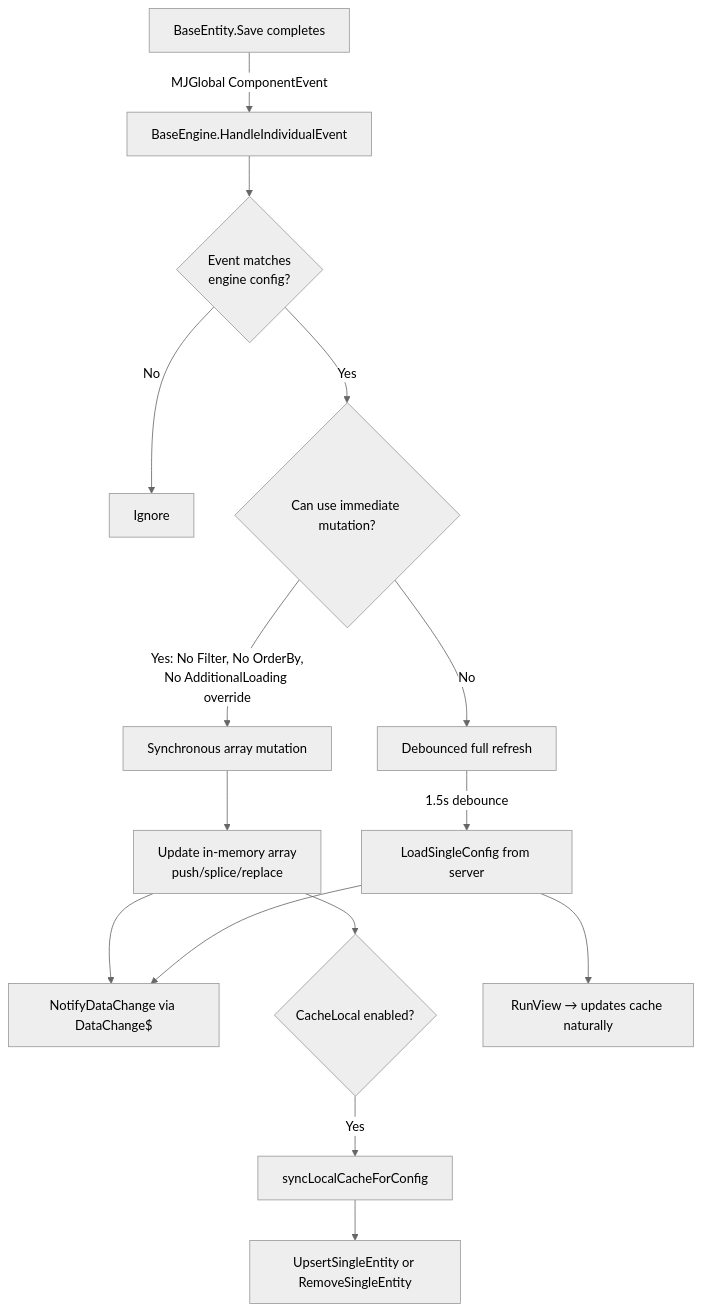
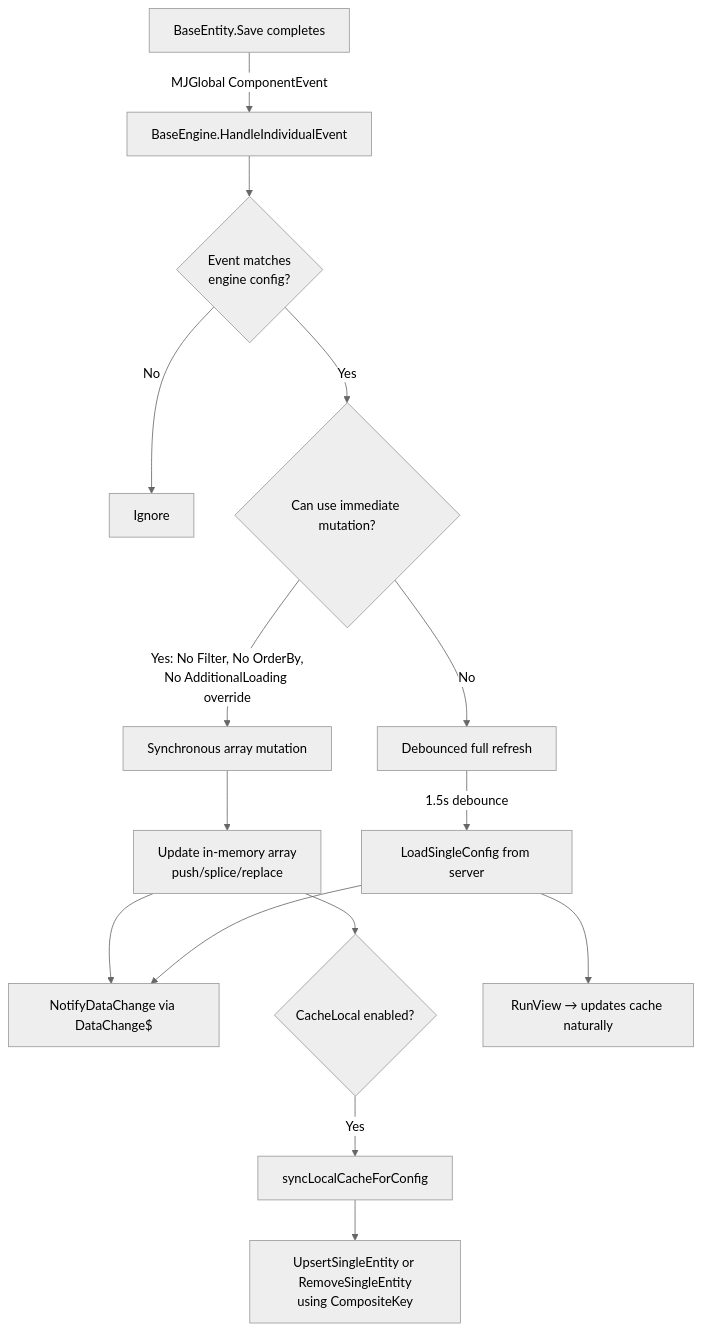
One commit to MemberJunction/MJ changed the fifth of 15 diagrams in guides/CACHING_AND_PUBSUB_GUIDE.md. Above: the diagram before and after it, drawn with Mermaid (neutral theme). The commit also changed other lines of this file, not shown here.

First line of the commit message:
Update caching guide with RecordData payload, CompositeKey, and Redis vs no-Redis docs

````diff
--- a/guides/CACHING_AND_PUBSUB_GUIDE.md
+++ b/guides/CACHING_AND_PUBSUB_GUIDE.md
@@ -452,19 +465,19 @@
 ```mermaid
 flowchart TD
     A[BaseEntity.Save completes] -->|MJGlobal ComponentEvent| B[BaseEngine.HandleIndividualEvent]
     B --> C{Event matches<br/>engine config?}
     C -->|No| Z[Ignore]
     C -->|Yes| D{Can use immediate mutation?}
     D -->|"Yes: No Filter, No OrderBy,<br/>No AdditionalLoading override"| E[Synchronous array mutation]
     D -->|No| F[Debounced full refresh]
 
     E --> G[Update in-memory array<br/>push/splice/replace]
     G --> H[NotifyDataChange via DataChange$]
     G --> I{CacheLocal enabled?}
     I -->|Yes| J[syncLocalCacheForConfig]
-    J --> K[UpsertSingleEntity or RemoveSingleEntity]
+    J --> K[UpsertSingleEntity or RemoveSingleEntity<br/>using CompositeKey]
 
     F -->|1.5s debounce| L[LoadSingleConfig from server]
     L --> M[RunView → updates cache naturally]
     L --> H
 ```
````
